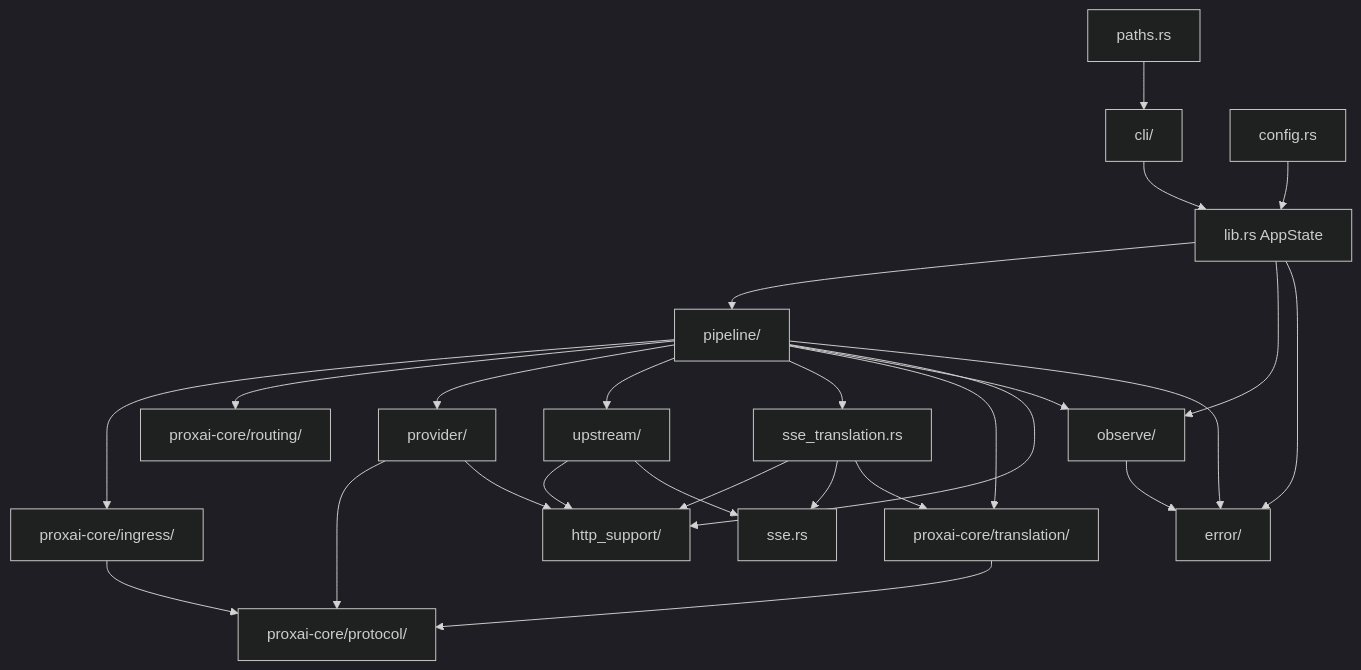
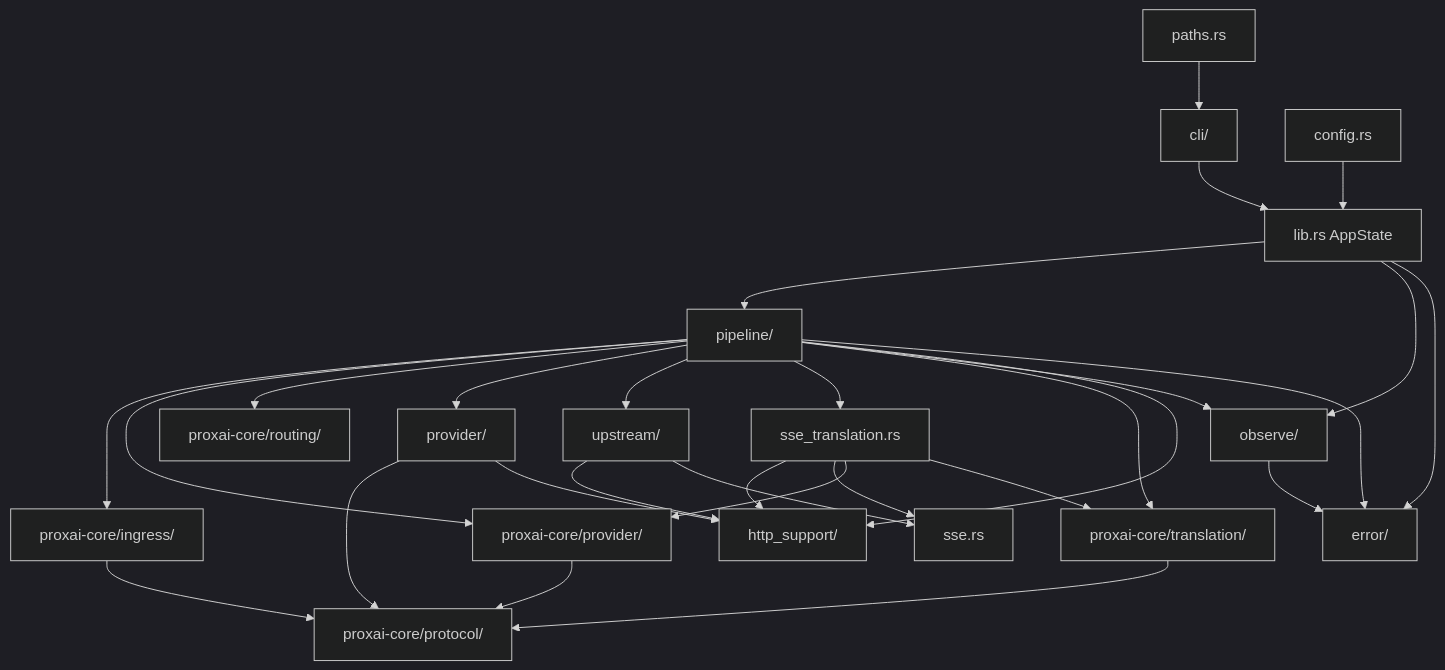
The diagram in site/src/content/docs/developer/architecture/index.mdx (VIDLG/proxai), drawn with Mermaid (dark theme) before and after one commit. The commit also changed other lines of this file and 61 other files, not shown here.

Commit message:
Move provider response normalization into core

````diff
--- a/site/src/content/docs/developer/architecture/index.mdx
+++ b/site/src/content/docs/developer/architecture/index.mdx
@@ -231,30 +233,33 @@
 ```mermaid
 flowchart TD
   cli[cli/] --> lib[lib.rs AppState]
   config[config.rs] --> lib
   paths[paths.rs] --> cli
   lib --> pipeline[pipeline/]
 
   pipeline --> core_ingress[proxai-core/ingress/]
+  pipeline --> core_provider[proxai-core/provider/]
   pipeline --> routing[proxai-core/routing/]
   pipeline --> provider[provider/]
   pipeline --> upstream[upstream/]
   pipeline --> sse_translation[sse_translation.rs]
   pipeline --> translation[proxai-core/translation/]
   pipeline --> observe[observe/]
   pipeline --> http_support[http_support/]
   pipeline --> error[error/]
 
   core_ingress --> protocol[proxai-core/protocol/]
+  core_provider --> protocol
   translation --> protocol
   provider --> protocol
   upstream --> http_support
   provider --> http_support
   sse_translation --> http_support
   sse_translation --> sse[sse.rs]
+  sse_translation --> core_provider
   sse_translation --> translation
   upstream --> sse
   observe --> error
   lib --> observe
   lib --> error
 ```
````
